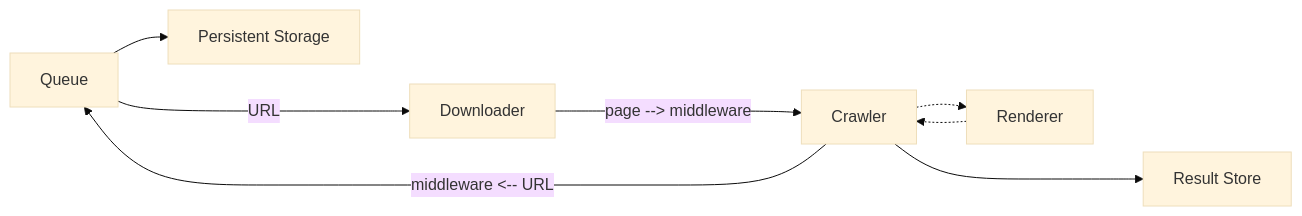
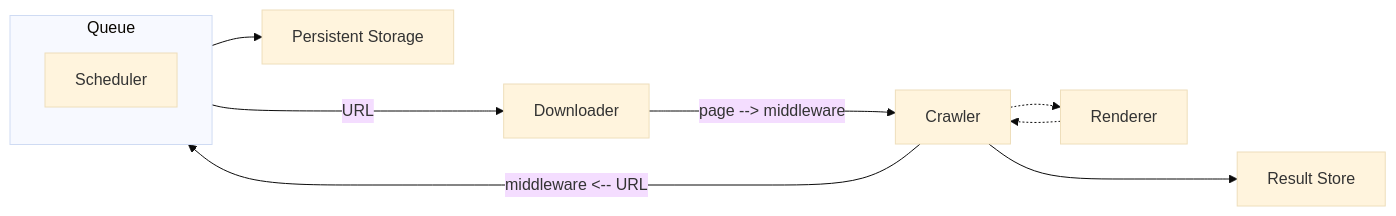
The diagram in scraper/html-scraper/README.md (nyu-mlab/K12-Observatory), drawn with Mermaid (base theme) before and after one commit.

Commit message:
Update architecture concept graph
Add scheduler

````diff
--- a/scraper/html-scraper/README.md
+++ b/scraper/html-scraper/README.md
@@ -14,10 +14,13 @@
 ```mermaid
-graph LR;
-    Queue-- URL --->Downloader;
-    Queue --> PersistQueue[Persistent Storage];
-    Downloader-- "page --> middleware" --->Crawler;
-    Crawler--->PersistResults[Result Store];
-    Crawler-- "middleware <-- URL" -->Queue;
-    Crawler-.->Renderer;
-    Renderer-.->Crawler;
+flowchart LR
+    subgraph Queue
+        Scheduler
+    end
+    Queue --URL---> Downloader
+    Queue --> PersistQueue[Persistent Storage]
+    Downloader --"page --> middleware"---> Crawler
+    Crawler ---> PersistResults[Result Store]
+    Crawler --"middleware <-- URL"--> Queue
+    Crawler -.-> Renderer
+    Renderer -.-> Crawler
 ```
````
